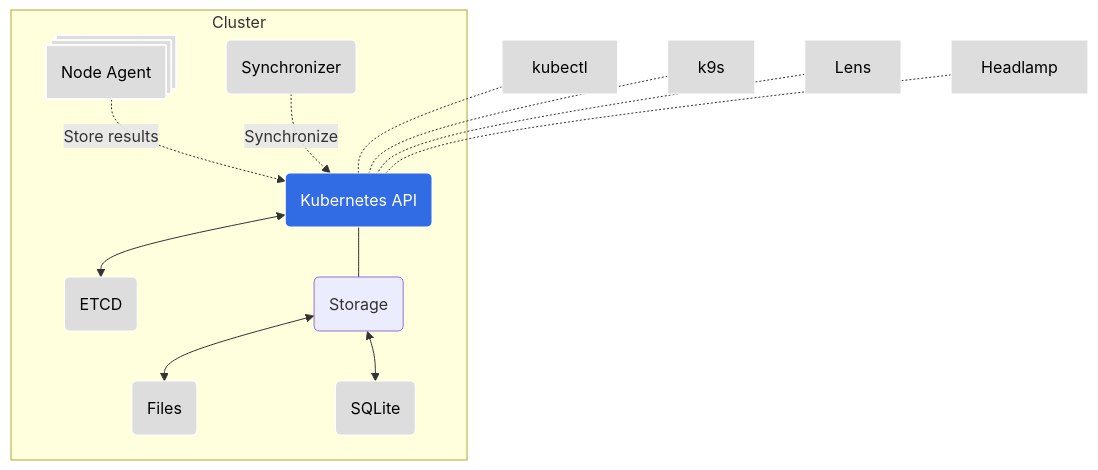
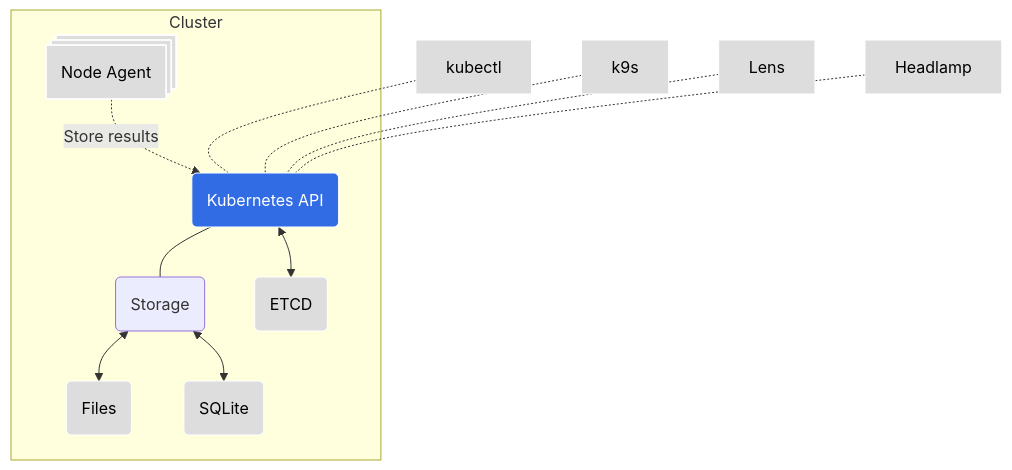
One commit to k8sstormcenter/helm-charts changed the second of 4 diagrams in charts/kubescape-operator/README.md. Above: the diagram before and after it, drawn with Mermaid. The commit also changed other lines of this file, not shown here.

First line of the commit message:
chart: README describes the remaining components

````diff
--- a/charts/kubescape-operator/README.md
+++ b/charts/kubescape-operator/README.md
@@ -294,28 +151,26 @@
 ```mermaid
 graph TD
 
 
 subgraph Cluster
   agent@{shape: procs, label: "Node Agent"}
   k8sApi(Kubernetes API)
   etcd(ETCD)
   file(Files)
   sqlite(SQLite)
   store(Storage)
-  sync(Synchronizer)
 end;
 
   agent .->|Store results| k8sApi --- store <--> file
   store <--> sqlite
   k8sApi <--> etcd
-  sync .->|Synchronize| k8sApi
   kubectl .- k8sApi
   k9s .- k8sApi
   Lens .- k8sApi
   Headlamp .- k8sApi
 
 classDef k8s fill:#326ce5,stroke:#fff,stroke-width:1px,color:#fff;
 classDef plain fill:#ddd,stroke:#fff,stroke-width:1px,color:#000;
 class k8sApi k8s
-class agent,kubectl,Lens,Headlamp,sync,etcd,file,k9s,sqlite plain
+class agent,kubectl,Lens,Headlamp,etcd,file,k9s,sqlite plain
 ```
````
